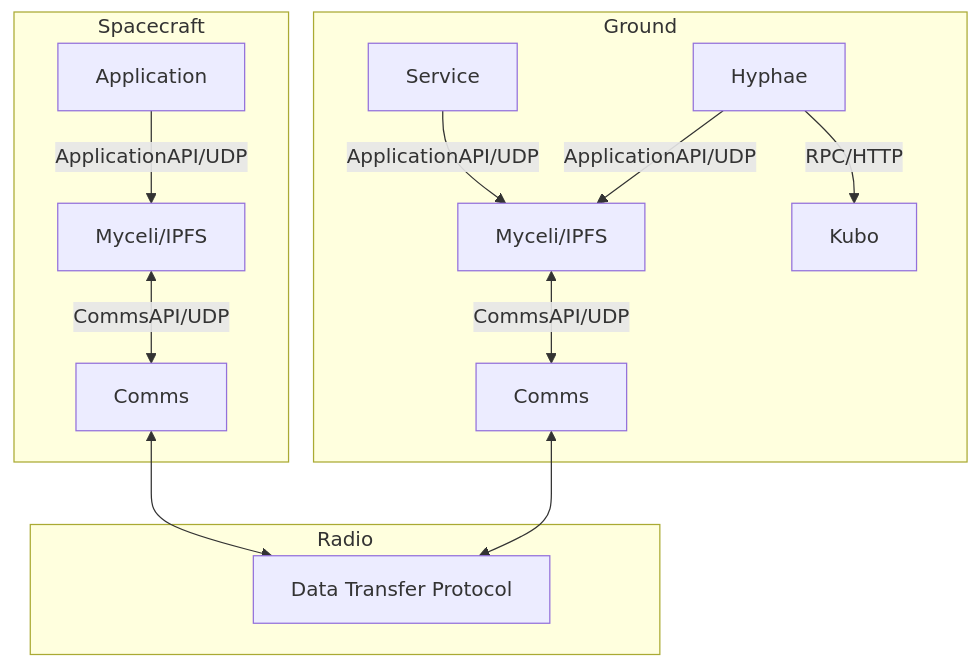
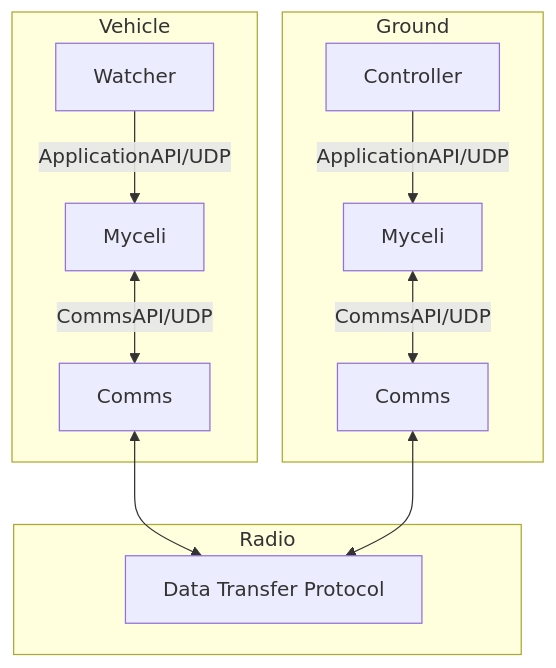
One commit to ipfs-shipyard/space changed the first of 3 diagrams in README.md. Above: the diagram before and after it, drawn with Mermaid. The commit also changed other lines of this file and 1 other file, not shown here.

````diff
--- a/README.md
+++ b/README.md
@@ -81,21 +111,19 @@
 ```mermaid
 flowchart TD
-    subgraph Spacecraft
-        A[Application] -- ApplicationAPI/UDP --> B[Myceli/IPFS]
+    subgraph Vehicle
+        A[Watcher] -- ApplicationAPI/UDP --> B[Myceli]
         B <-- CommsAPI/UDP --> C[Comms]
     end
 
     subgraph Radio
         Z[Data Transfer Protocol]
     end
 
     subgraph Ground
-        F[Service] -- ApplicationAPI/UDP --> E[Myceli/IPFS]
+        F[Controller] -- ApplicationAPI/UDP --> E[Myceli]
         E <-- CommsAPI/UDP --> G[Comms]
-        H[Hyphae] -- ApplicationAPI/UDP --> E[Myceli/IPFS]
-        H[Hyphae] -- RPC/HTTP --> I[Kubo]
     end
 
     C <--> Z
     G <--> Z
 ```
````
